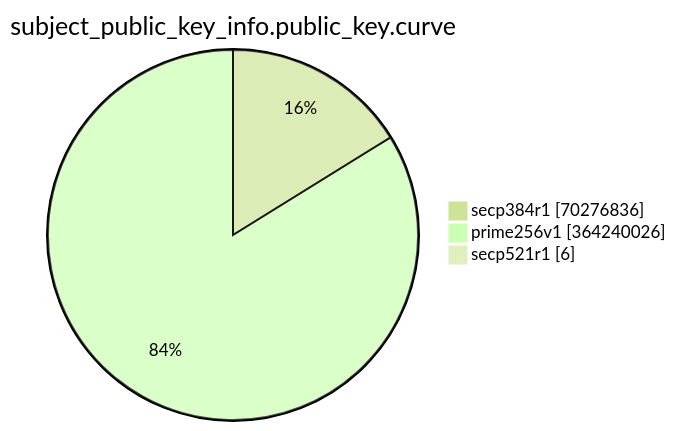
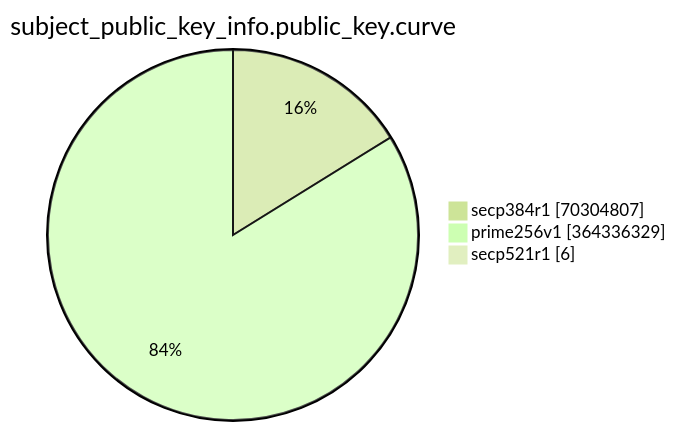
One commit to christiankrug/ctmonitor_visualization changed the eighth of 15 diagrams in TOTAL/README.md. Above: the diagram before and after it, drawn with Mermaid (forest theme). The commit also changed other lines of this file, not shown here.

````diff
--- a/TOTAL/README.md
+++ b/TOTAL/README.md
@@ -3091,7 +3091,7 @@
 ```mermaid
 pie showData
 title subject_public_key_info.public_key.curve
-"secp384r1" :70276836
-"prime256v1" :364240026
+"secp384r1" :70304807
+"prime256v1" :364336329
 "secp521r1" :6
 ```
````
